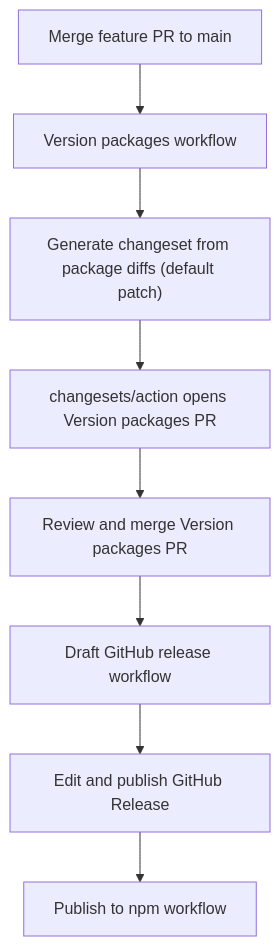
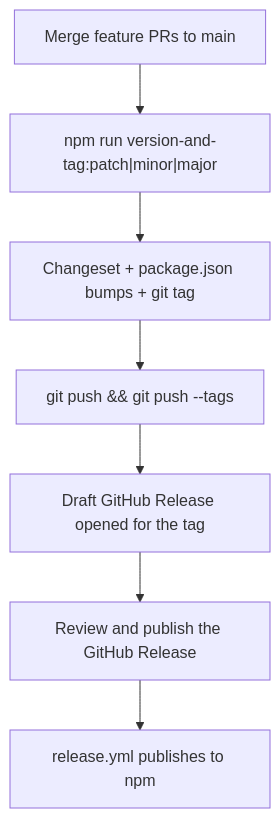
Before and after one commit to decodedcreative/jigsaw: the diagram in docs/publication.md, drawn with Mermaid. The commit also changed other lines of this file and 9 other files, not shown here.

First line of the commit message:
refactor(release): replace Version PR flow with version-and-tag

````diff
--- a/docs/publication.md
+++ b/docs/publication.md
@@ -43,10 +40,9 @@
 ```mermaid
 flowchart TD
-  A[Merge feature PR to main] --> B[Version packages workflow]
-  B --> C["Generate changeset from package diffs (default patch)"]
-  C --> D[changesets/action opens Version packages PR]
-  D --> E[Review and merge Version packages PR]
-  E --> F[Draft GitHub release workflow]
-  F --> G[Edit and publish GitHub Release]
-  G --> H[Publish to npm workflow]
+  A[Merge feature PRs to main] --> B["npm run version-and-tag:patch|minor|major"]
+  B --> C[Changeset + package.json bumps + git tag]
+  C --> D[git push && git push --tags]
+  D --> E[Draft GitHub Release opened for the tag]
+  E --> F[Review and publish the GitHub Release]
+  F --> G[release.yml publishes to npm]
 ```
````
